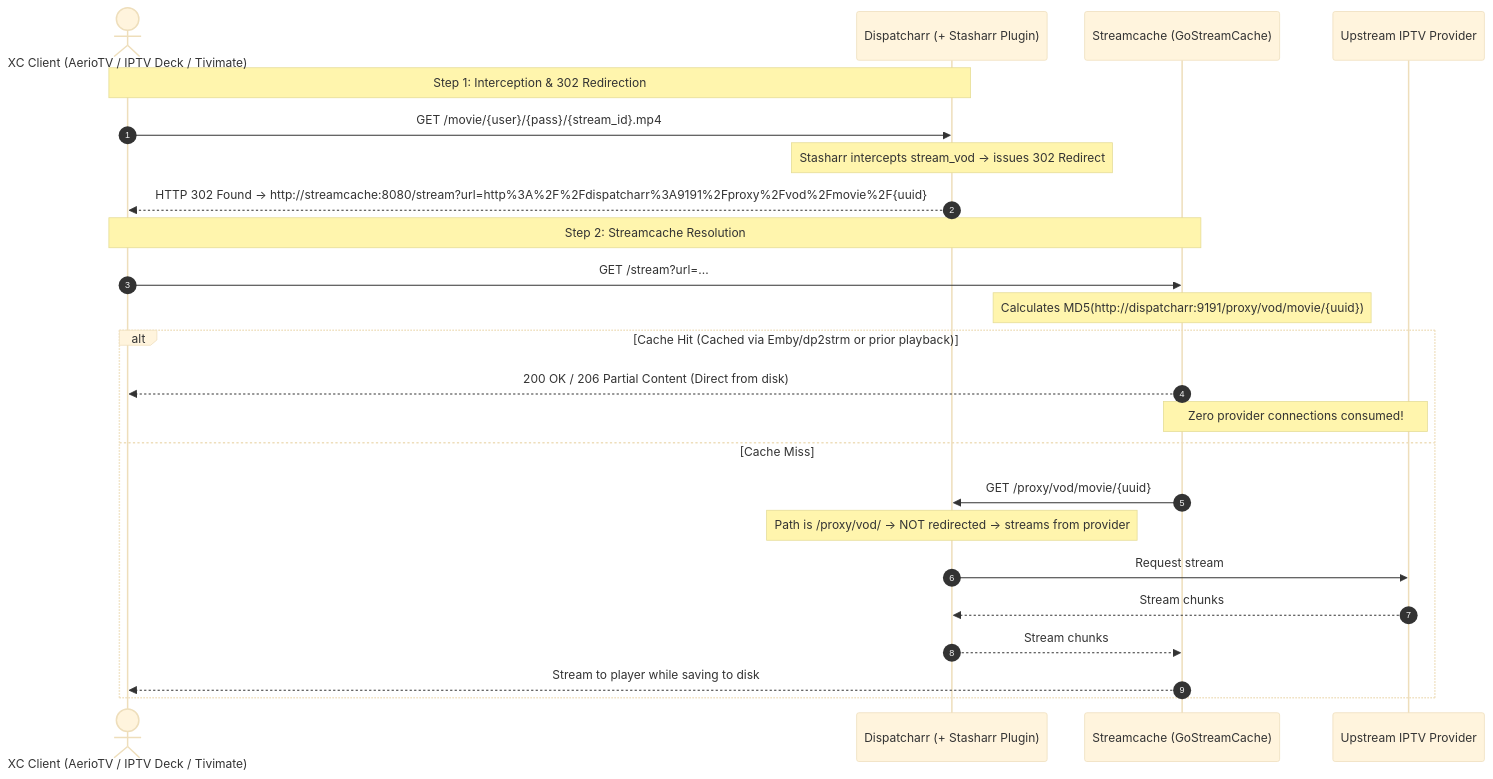
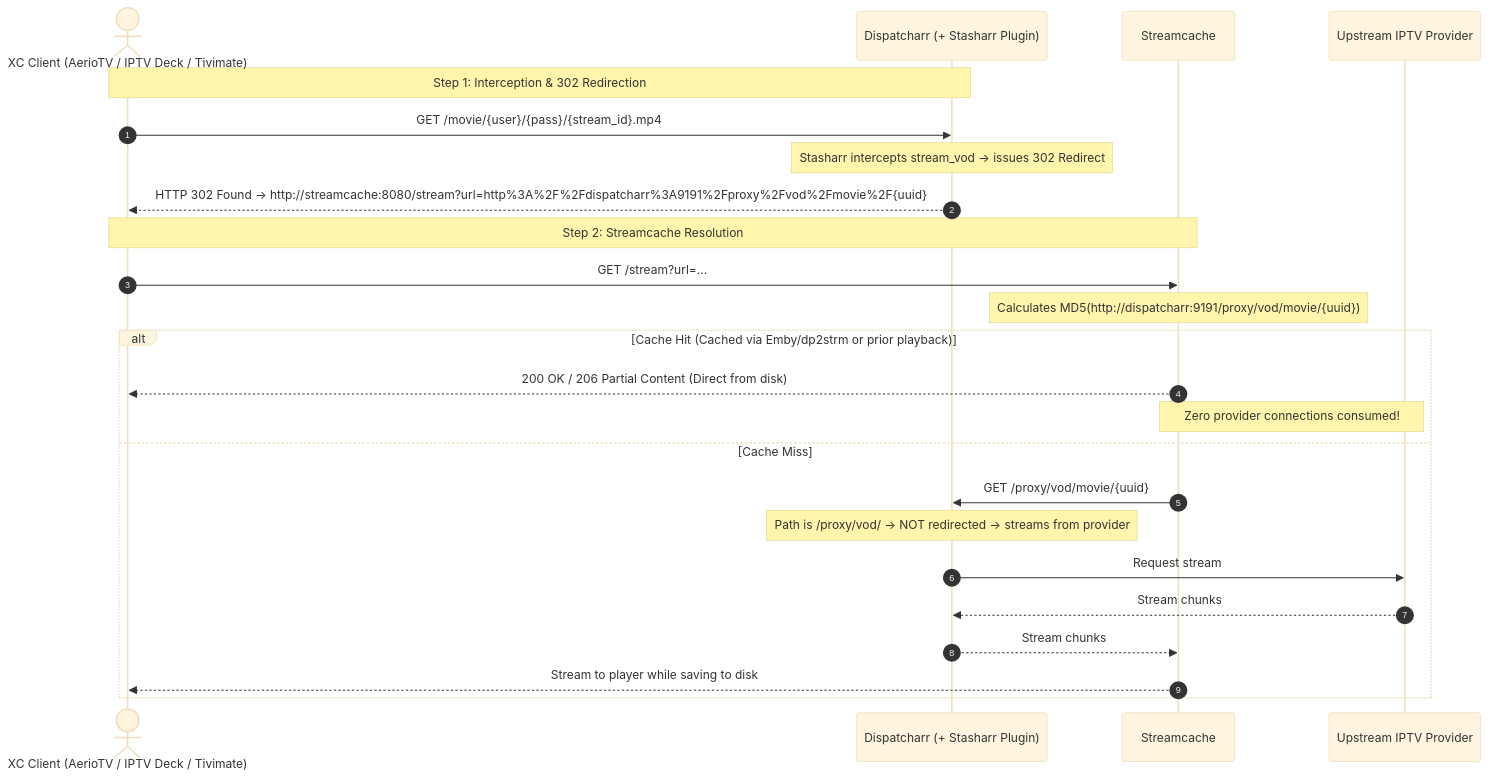
One commit to bruor/stasharr changed the diagram in README.md. Above: the diagram before and after it, drawn with Mermaid (base theme). The commit also changed other lines of this file and 2 other files, not shown here.

Commit message:
docs: update references from GoStreamCache to bruor/streamcache

````diff
--- a/README.md
+++ b/README.md
@@ -14,29 +14,29 @@
 ```mermaid
 sequenceDiagram
     autonumber
     actor Player as XC Client (AerioTV / IPTV Deck / Tivimate)
     participant Dispatcharr as Dispatcharr (+ Stasharr Plugin)
-    participant Streamcache as Streamcache (GoStreamCache)
+    participant Streamcache as Streamcache
     participant Provider as Upstream IPTV Provider
 
     Note over Player,Dispatcharr: Step 1: Interception & 302 Redirection
     Player->>Dispatcharr: GET /movie/{user}/{pass}/{stream_id}.mp4
     Note over Dispatcharr: Stasharr intercepts stream_vod -> issues 302 Redirect
     Dispatcharr-->>Player: HTTP 302 Found -> http://streamcache:8080/stream?url=http%3A%2F%2Fdispatcharr%3A9191%2Fproxy%2Fvod%2Fmovie%2F{uuid}
 
     Note over Player,Streamcache: Step 2: Streamcache Resolution
     Player->>Streamcache: GET /stream?url=...
     Note over Streamcache: Calculates MD5(http://dispatcharr:9191/proxy/vod/movie/{uuid})
 
     alt Cache Hit (Cached via Emby/dp2strm or prior playback)
         Streamcache-->>Player: 200 OK / 206 Partial Content (Direct from disk)
         Note over Streamcache,Provider: Zero provider connections consumed!
     else Cache Miss
         Streamcache->>Dispatcharr: GET /proxy/vod/movie/{uuid}
         Note over Dispatcharr: Path is /proxy/vod/ -> NOT redirected -> streams from provider
         Dispatcharr->>Provider: Request stream
         Provider-->>Dispatcharr: Stream chunks
         Dispatcharr-->>Streamcache: Stream chunks
         Streamcache-->>Player: Stream to player while saving to disk
     end
 ```
````
